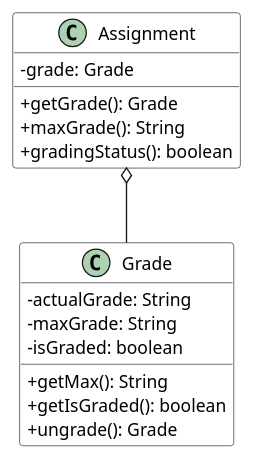
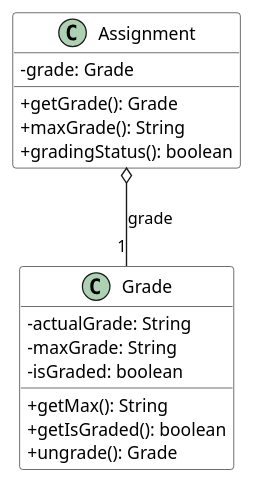
Before and after one commit to raydenlim/tp: the diagram in docs/diagrams/GradeClass.puml, drawn with PlantUML. The commit also changed 3 other files, not shown here.

```diff
--- a/docs/diagrams/GradeClass.puml
+++ b/docs/diagrams/GradeClass.puml
@@ -1,24 +1,23 @@
 @startuml
 skinparam arrowThickness 1.1
 skinparam classBackgroundColor LOGIC_COLOR
 skinparam classAttributeIconSize 0
 
 class Assignment {
 -grade: Grade
 +getGrade(): Grade
 +maxGrade(): String
 +gradingStatus(): boolean
 }
 
 class Grade {
 -actualGrade: String
 -maxGrade: String
 -isGraded: boolean
 +getMax(): String
 +getIsGraded(): boolean
 +ungrade(): Grade
 }
 
-Assignment o-- Grade
-
+Assignment o-- "1" Grade: grade
 @enduml
```
